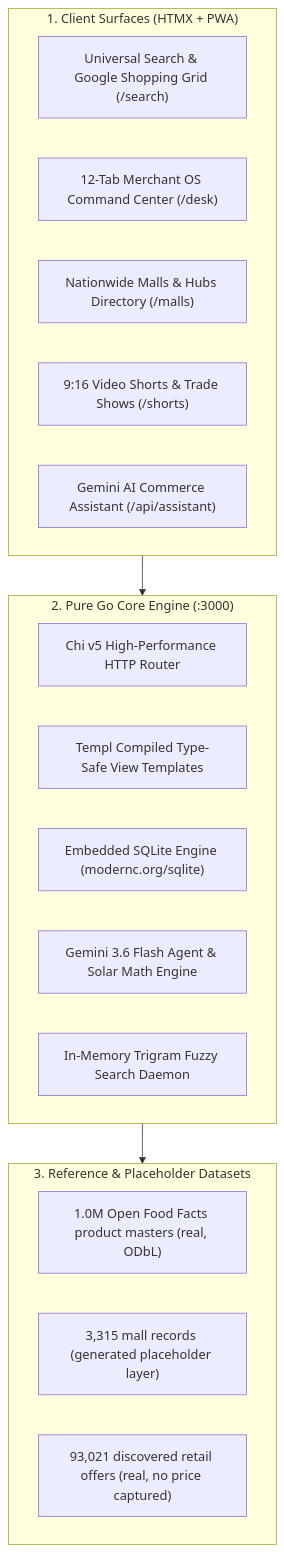
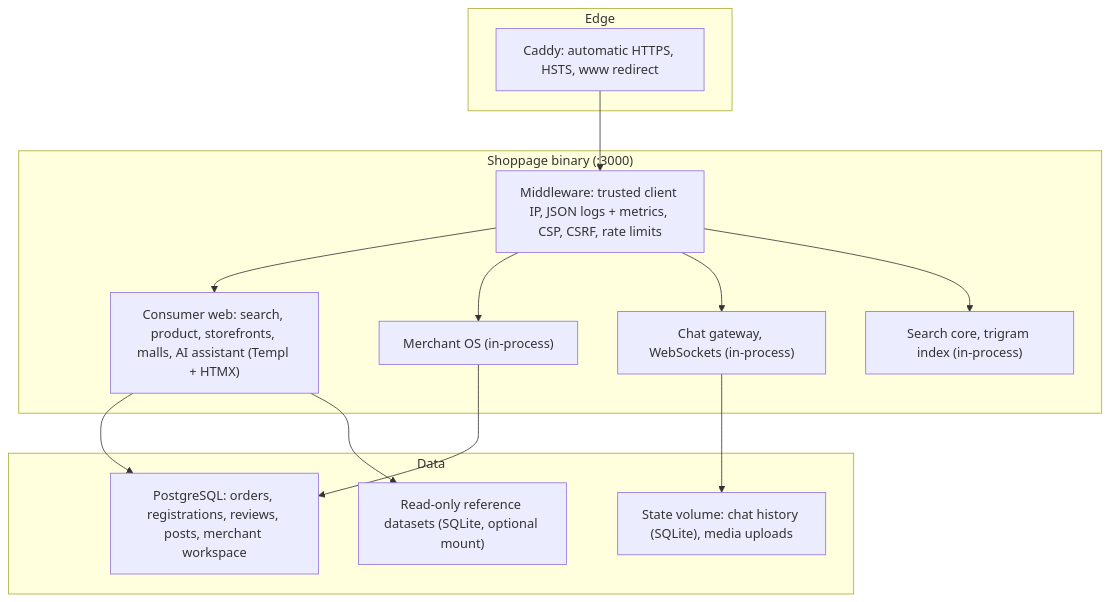
Before and after one commit to pmvalues/shoppagepy: the diagram in README.md, drawn with Mermaid. The commit also changed other lines of this file and 102 other files, not shown here.

First line of the commit message:
Harden and consolidate the platform: single binary, PostgreSQL, fail-closed security

````diff
--- a/README.md
+++ b/README.md
@@ -57,27 +52,29 @@
 ```mermaid
 flowchart TD
-    subgraph Client_Layer["1. Client Surfaces (HTMX + PWA)"]
-        A1["Universal Search & Google Shopping Grid (/search)"]
-        A2["12-Tab Merchant OS Command Center (/desk)"]
-        A3["Nationwide Malls & Hubs Directory (/malls)"]
-        A4["9:16 Video Shorts & Trade Shows (/shorts)"]
-        A5["Gemini AI Commerce Assistant (/api/assistant)"]
+    subgraph Edge["Edge"]
+        E1["Caddy: automatic HTTPS, HSTS, www redirect"]
     end
 
-    subgraph Core_Engine["2. Pure Go Core Engine (:3000)"]
-        B1["Chi v5 High-Performance HTTP Router"]
-        B2["Templ Compiled Type-Safe View Templates"]
-        B3["Embedded SQLite Engine (modernc.org/sqlite)"]
-        B4["Gemini 3.6 Flash Agent & Solar Math Engine"]
-        B5["In-Memory Trigram Fuzzy Search Daemon"]
+    subgraph Binary["Shoppage binary (:3000)"]
+        B0["Middleware: trusted client IP, JSON logs + metrics, CSP, CSRF, rate limits"]
+        B1["Consumer web: search, product, storefronts, malls, AI assistant (Templ + HTMX)"]
+        B2["Merchant OS (in-process)"]
+        B3["Chat gateway, WebSockets (in-process)"]
+        B4["Search core, trigram index (in-process)"]
     end
 
-    subgraph Datasets["3. Reference & Placeholder Datasets"]
-        C1["1.0M Open Food Facts product masters (real, ODbL)"]
-        C2["3,315 mall records (generated placeholder layer)"]
-        C3["93,021 discovered retail offers (real, no price captured)"]
+    subgraph Data["Data"]
+        D1["PostgreSQL: orders, registrations, reviews, posts, merchant workspace"]
+        D2["State volume: chat history (SQLite), media uploads"]
+        D3["Read-only reference datasets (SQLite, optional mount)"]
     end
 
-    Client_Layer --> Core_Engine
-    Core_Engine --> Datasets
+    E1 --> B0 --> B1
+    B0 --> B2
+    B0 --> B3
+    B0 --> B4
+    B1 --> D1
+    B2 --> D1
+    B3 --> D2
+    B1 --> D3
 ```
````
